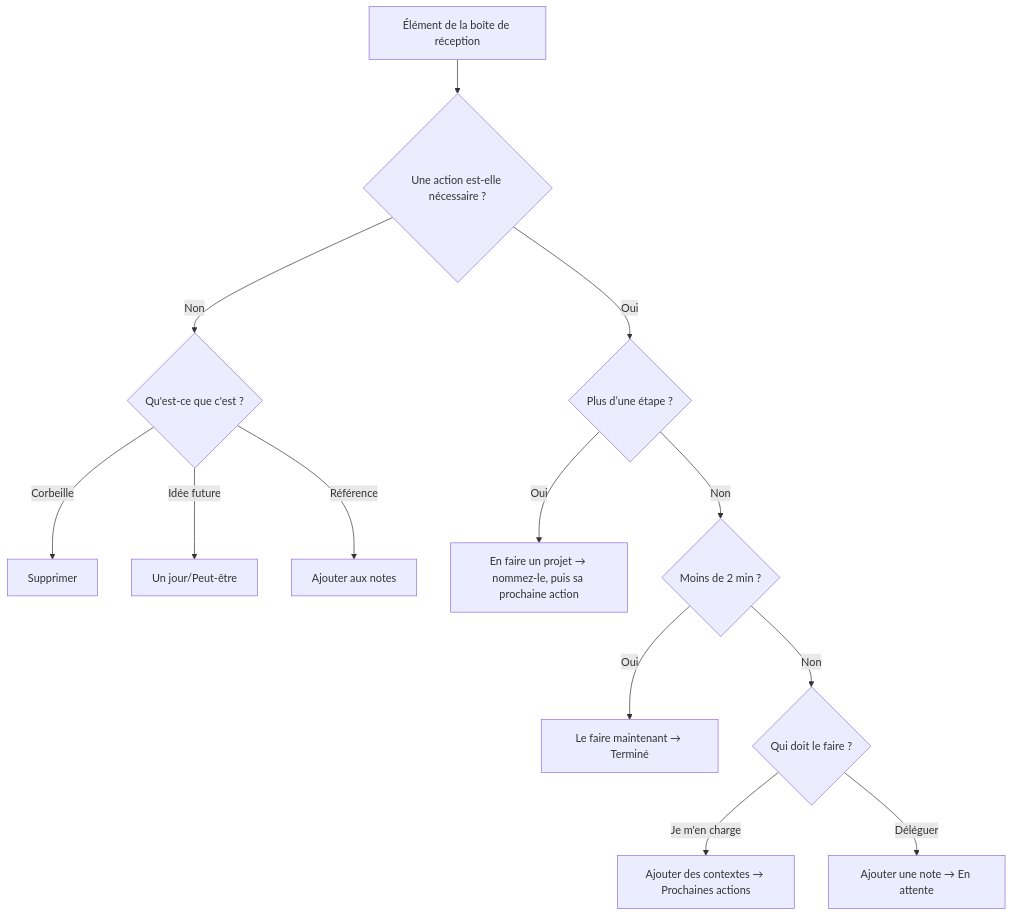
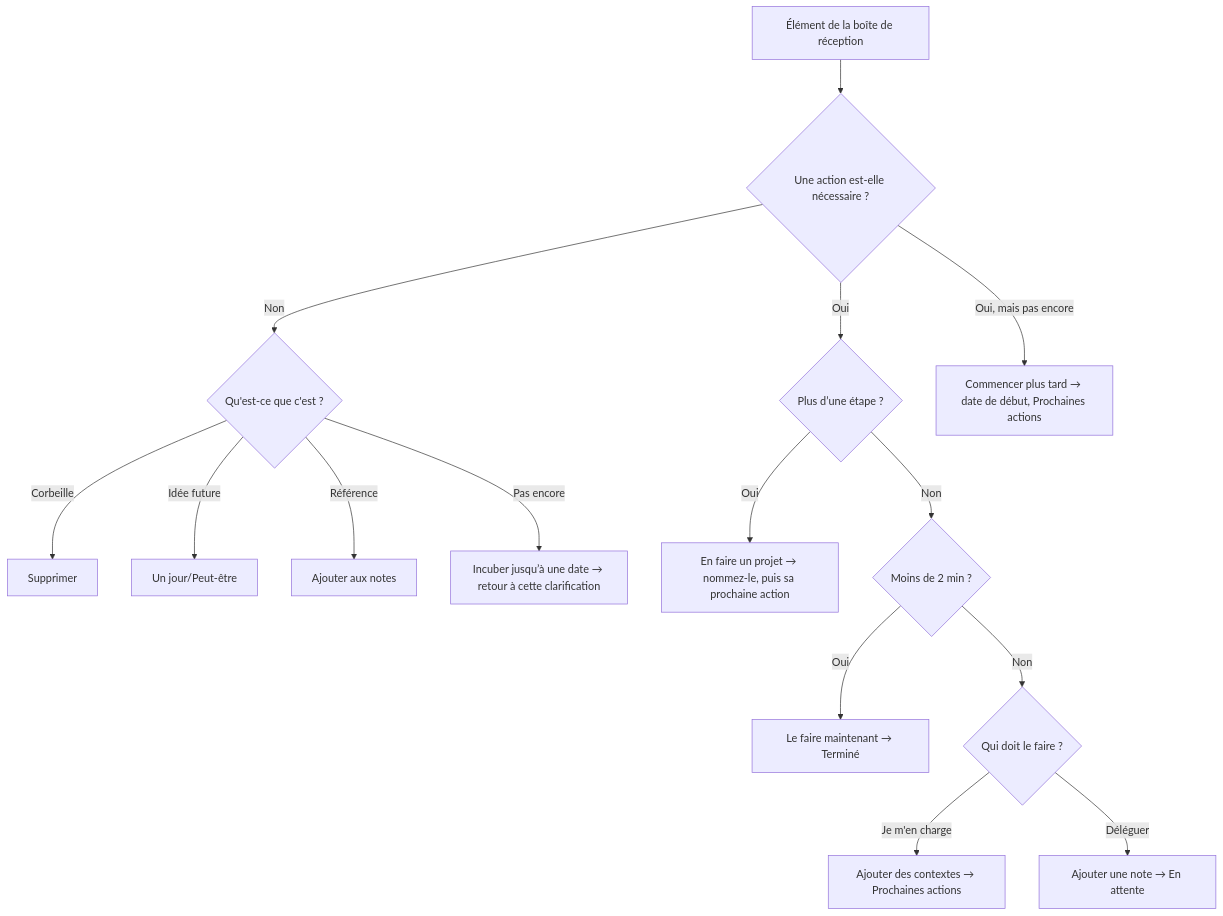
Before and after one commit to dongdongbh/mindwtr-web: the diagram in docs/fr/use/gtd-workflow.md, drawn with Mermaid. The commit also changed other lines of this file and 5 other files, not shown here.

````diff
--- a/docs/fr/use/gtd-workflow.md
+++ b/docs/fr/use/gtd-workflow.md
@@ -83,15 +83,17 @@
 ```mermaid
 flowchart TD
     A[Élément de la boîte de réception] --> B{Une action est-elle nécessaire ?}
     B -->|Non| C{Qu'est-ce que c'est ?}
     C -->|Corbeille| D[Supprimer]
     C -->|Idée future| E[Un jour/Peut-être]
     C -->|Référence| F[Ajouter aux notes]
+    C -->|Pas encore| N[Incuber jusqu’à une date → retour à cette clarification]
     B -->|Oui| P{Plus d’une étape ?}
+    B -->|Oui, mais pas encore| S[Commencer plus tard → date de début, Prochaines actions]
     P -->|Oui| Q[En faire un projet → nommez-le, puis sa prochaine action]
     P -->|Non| G{Moins de 2 min ?}
     G -->|Oui| H[Le faire maintenant → Terminé]
     G -->|Non| I{Qui doit le faire ?}
     I -->|Je m'en charge| J[Ajouter des contextes → Prochaines actions]
     I -->|Déléguer| K[Ajouter une note → En attente]
 ```
````
